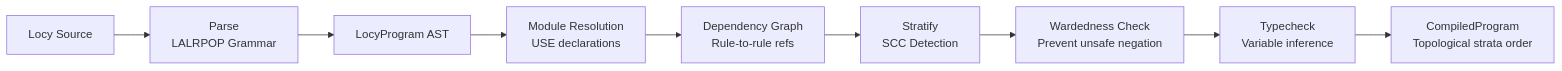
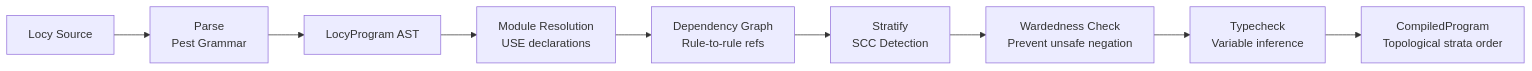
One commit to milliondreams/uni-db changed diagram 22 of 33 in docs/UNI_BLACK_BOOK.md. Above: the diagram before and after it, drawn with Mermaid. The commit also changed other lines of this file and 1 other file, not shown here.

First line of the commit message:
docs: update black book for current codebase, add complete Locy reference

````diff
--- a/docs/UNI_BLACK_BOOK.md
+++ b/docs/UNI_BLACK_BOOK.md
@@ -2712,11 +2717,11 @@
 ```mermaid
 graph LR
-    SRC[Locy Source] --> PARSE[Parse<br/>LALRPOP Grammar]
+    SRC[Locy Source] --> PARSE[Parse<br/>Pest Grammar]
     PARSE --> AST[LocyProgram AST]
     AST --> MOD[Module Resolution<br/>USE declarations]
     MOD --> DEP[Dependency Graph<br/>Rule-to-rule refs]
     DEP --> STRAT[Stratify<br/>SCC Detection]
     STRAT --> WARD[Wardedness Check<br/>Prevent unsafe negation]
     WARD --> TYPE[Typecheck<br/>Variable inference]
     TYPE --> COMP[CompiledProgram<br/>Topological strata order]
 ```
````
